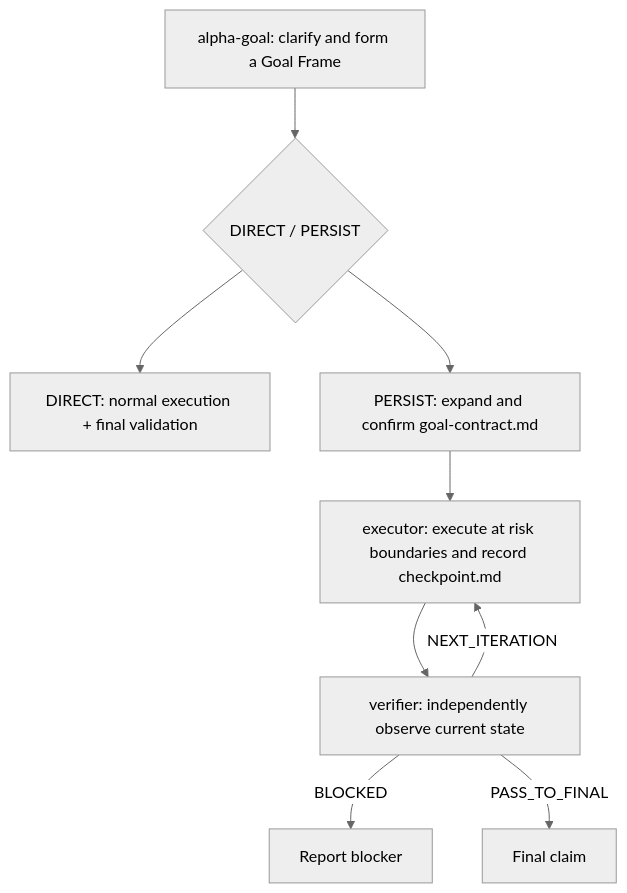
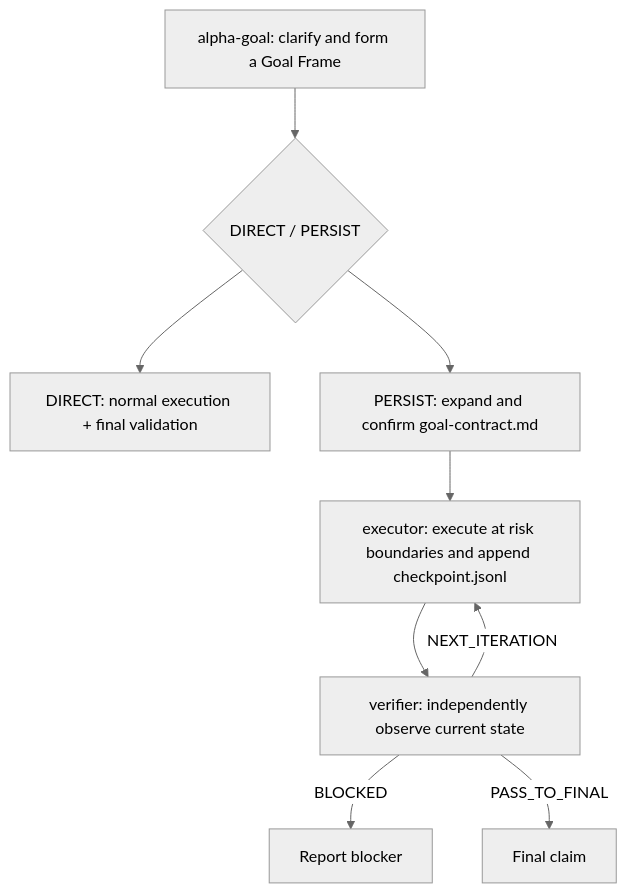
One commit to azhonglee/alpha-goal changed the diagram in README.en.md. Above: the diagram before and after it, drawn with Mermaid (neutral theme). The commit also changed other lines of this file and 17 other files, not shown here.

Commit message:
Append checkpoint task results

````diff
--- a/README.en.md
+++ b/README.en.md
@@ -42,11 +42,11 @@
 ```mermaid
 flowchart TD
   A["alpha-goal: clarify and form a Goal Frame"] --> R{"DIRECT / PERSIST"}
   R --> D["DIRECT: normal execution + final validation"]
   R --> P["PERSIST: expand and confirm goal-contract.md"]
-  P --> E["executor: execute at risk boundaries and record checkpoint.md"]
+  P --> E["executor: execute at risk boundaries and append checkpoint.jsonl"]
   E --> V["verifier: independently observe current state"]
   V -->|"NEXT_ITERATION"| E
   V -->|"BLOCKED"| B["Report blocker"]
   V -->|"PASS_TO_FINAL"| F["Final claim"]
 ```
````
